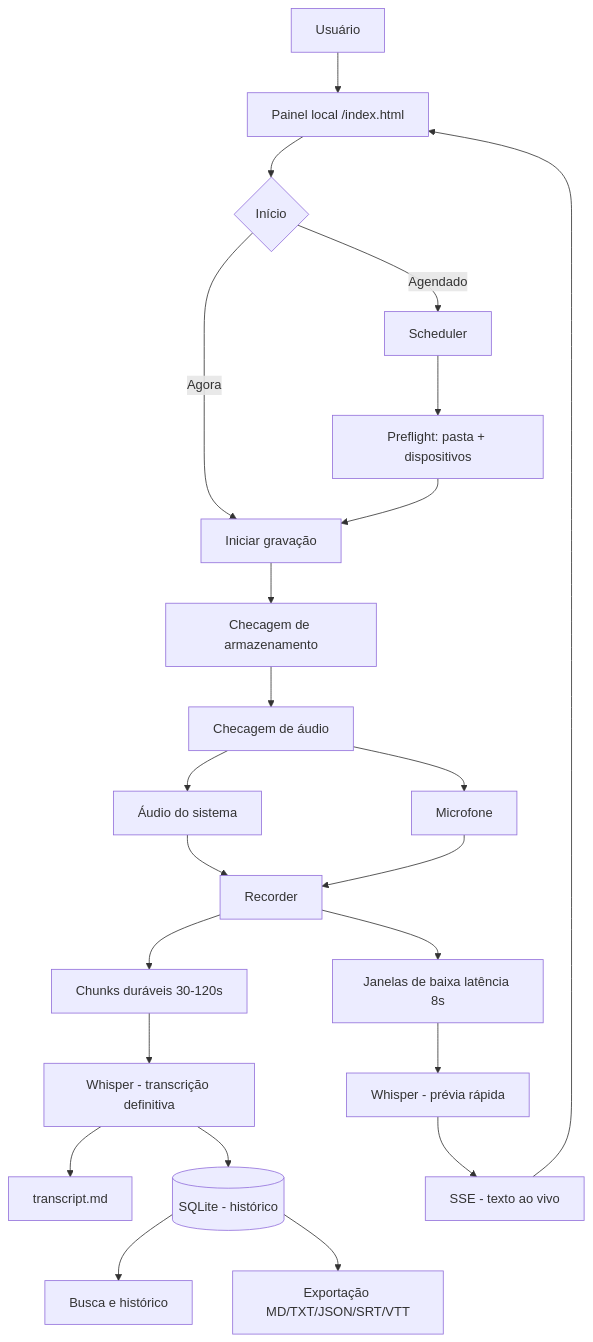
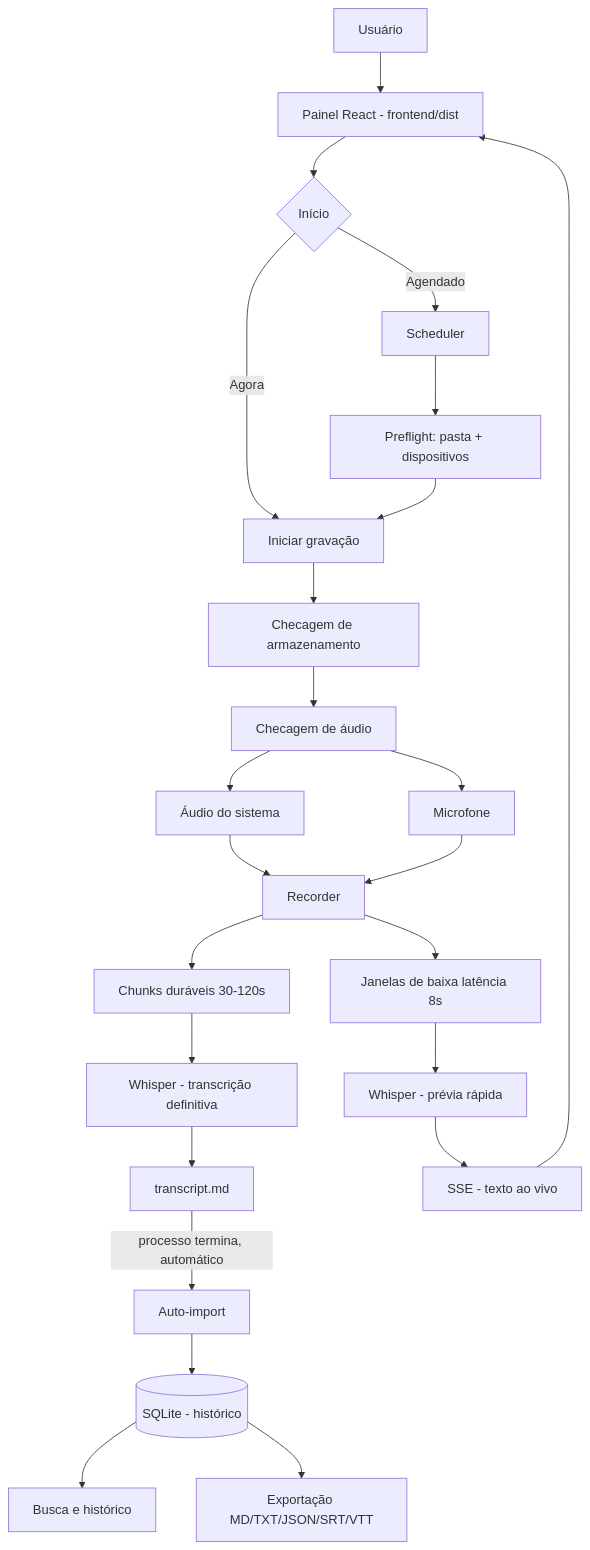
One commit to HSHAKOA/Agente-de-transcrito-de-reuni-es- changed the diagram in README.md. Above: the diagram before and after it, drawn with Mermaid. The commit also changed other lines of this file and 8 other files, not shown here.

First line of the commit message:
docs: align README/flowcharts/handoff with post-audit fixes

````diff
--- a/README.md
+++ b/README.md
@@ -53,33 +53,34 @@
 ```mermaid
 flowchart TD
-    U[Usuário] --> UI[Painel local /index.html]
+    U[Usuário] --> UI[Painel React - frontend/dist]
     UI --> M{Início}
     M -->|Agora| START[Iniciar gravação]
     M -->|Agendado| SCHED[Scheduler]
 
     SCHED --> PRE[Preflight: pasta + dispositivos]
     PRE --> START
 
     START --> STORAGE[Checagem de armazenamento]
     STORAGE --> AUDIO[Checagem de áudio]
 
     AUDIO --> SYS[Áudio do sistema]
     AUDIO --> MIC[Microfone]
 
     SYS --> REC[Recorder]
     MIC --> REC
 
     REC --> WAV[Chunks duráveis 30-120s]
     REC --> LIVE[Janelas de baixa latência 8s]
 
     WAV --> WHISPER[Whisper - transcrição definitiva]
     LIVE --> WHISPERFAST[Whisper - prévia rápida]
 
     WHISPER --> MD[transcript.md]
-    WHISPER --> DB[(SQLite - histórico)]
+    MD -->|processo termina, automático| IMPORT[Auto-import]
+    IMPORT --> DB[(SQLite - histórico)]
     WHISPERFAST --> SSE[SSE - texto ao vivo]
 
     SSE --> UI
     DB --> SEARCH[Busca e histórico]
     DB --> EXPORT[Exportação MD/TXT/JSON/SRT/VTT]
 ```
````
